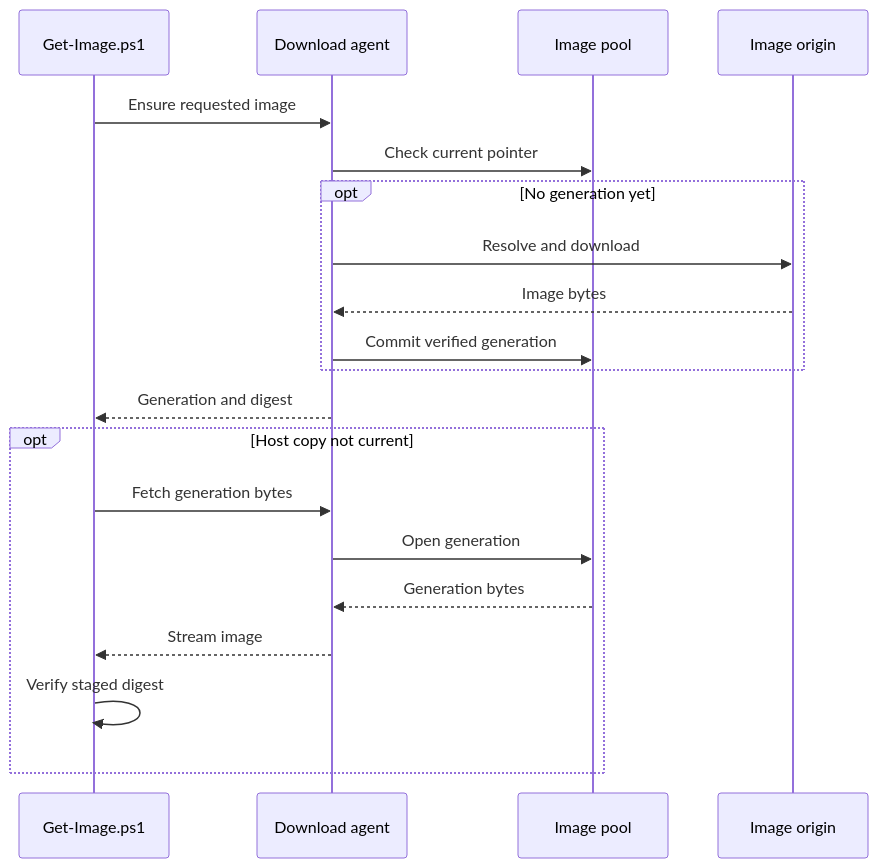
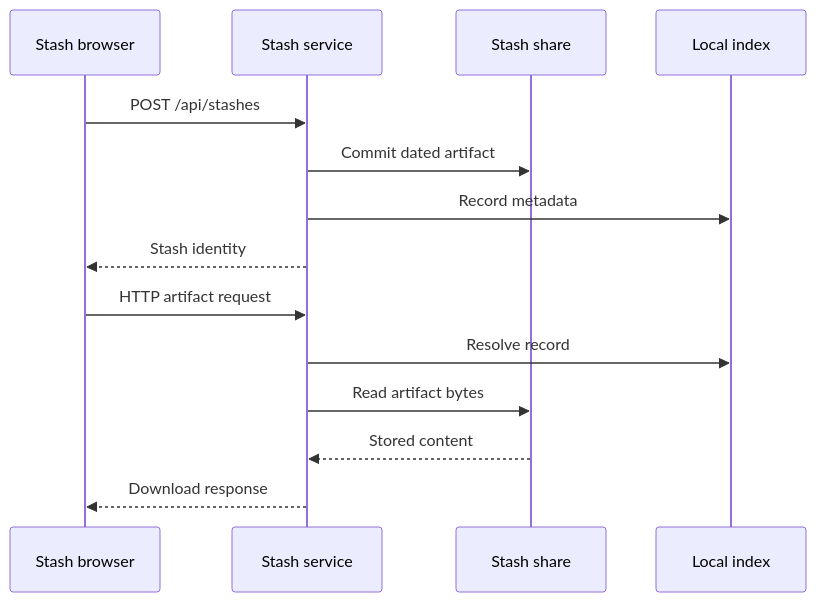
The fourth of 8 diagrams in docs/design/03-data-flows.md (alissonsol/yuruna), drawn with Mermaid before and after one commit. The commit also changed other lines of this file and 1383 other files, not shown here.

````diff
--- a/docs/design/03-data-flows.md
+++ b/docs/design/03-data-flows.md
@@ -142,22 +179,16 @@
 ```mermaid
 sequenceDiagram
-    participant get-image as Get-Image.ps1
-    participant download-agent-service as Download agent
-    participant images as Image pool
-    participant upstream as Image origin
-    get-image->>download-agent-service: Ensure requested image
-    download-agent-service->>images: Check current pointer
-    opt No generation yet
-        download-agent-service->>upstream: Resolve and download
-        upstream-->>download-agent-service: Image bytes
-        download-agent-service->>images: Commit verified generation
-    end
-    download-agent-service-->>get-image: Generation and digest
-    opt Host copy not current
-        get-image->>download-agent-service: Fetch generation bytes
-        download-agent-service->>images: Open generation
-        images-->>download-agent-service: Generation bytes
-        download-agent-service-->>get-image: Stream image
-        get-image->>get-image: Verify staged digest
-    end
+    participant new-html as Stash browser
+    participant stash-service as Stash service
+    participant store-go as Stash share
+    participant meta as Local index
+    new-html->>stash-service: POST /api/stashes
+    stash-service->>store-go: Commit dated artifact
+    stash-service->>meta: Record metadata
+    stash-service-->>new-html: Stash identity
+    new-html->>stash-service: HTTP artifact request
+    stash-service->>meta: Resolve record
+    stash-service->>store-go: Read artifact bytes
+    store-go-->>stash-service: Stored content
+    stash-service-->>new-html: Download response
 ```
````
